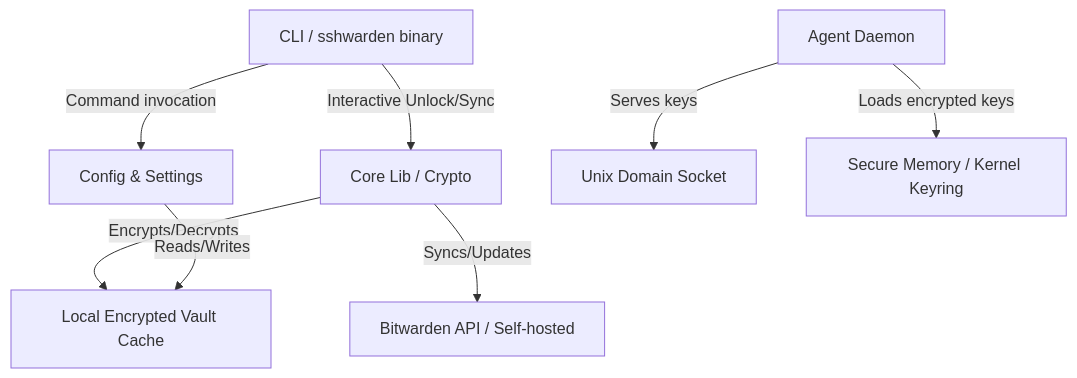
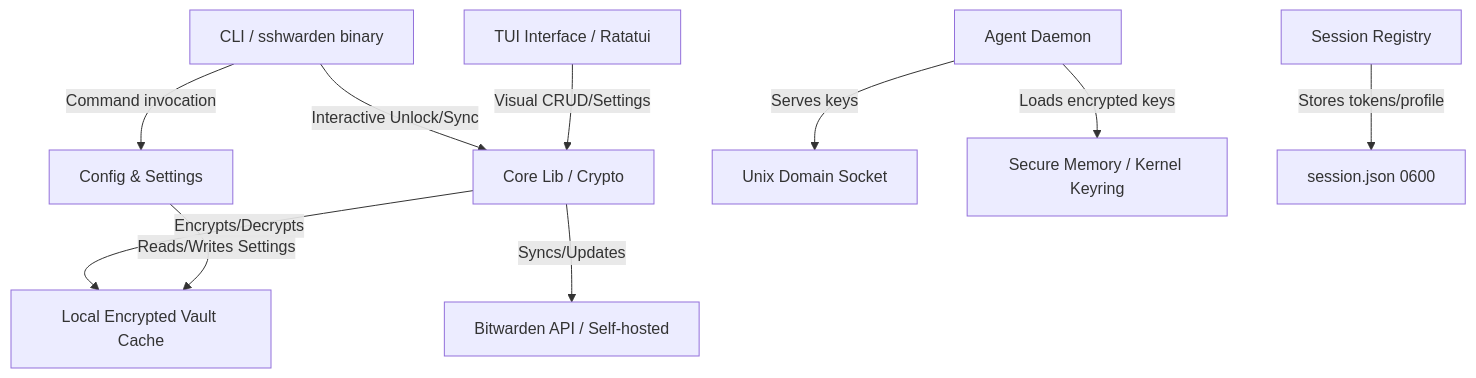
The diagram in docs/plan.md (axyn45/bitter), drawn with Mermaid before and after one commit. The commit also changed other lines of this file and 1 other file, not shown here.

Commit message:
docs: update plan and roadmap with new feature expansion phases

````diff
--- a/docs/plan.md
+++ b/docs/plan.md
@@ -35,10 +35,12 @@
 ```mermaid
 graph TD
     CLI[CLI / sshwarden binary] -->|Command invocation| Config[Config & Settings]
     CLI -->|Interactive Unlock/Sync| Core[Core Lib / Crypto]
     Daemon[Agent Daemon] -->|Serves keys| Socket[Unix Domain Socket]
     Daemon -->|Loads encrypted keys| SecureMem[Secure Memory / Kernel Keyring]
     Core -->|Syncs/Updates| BW_API[Bitwarden API / Self-hosted]
     Core -->|Encrypts/Decrypts| DB[Local Encrypted Vault Cache]
-    Config -->|Reads/Writes| DB
+    Config -->|Reads/Writes Settings| DB
+    Session[Session Registry] -->|Stores tokens/profile| SessionStore[session.json 0600]
+    TUI[TUI Interface / Ratatui] -->|Visual CRUD/Settings| Core
 ```
````
